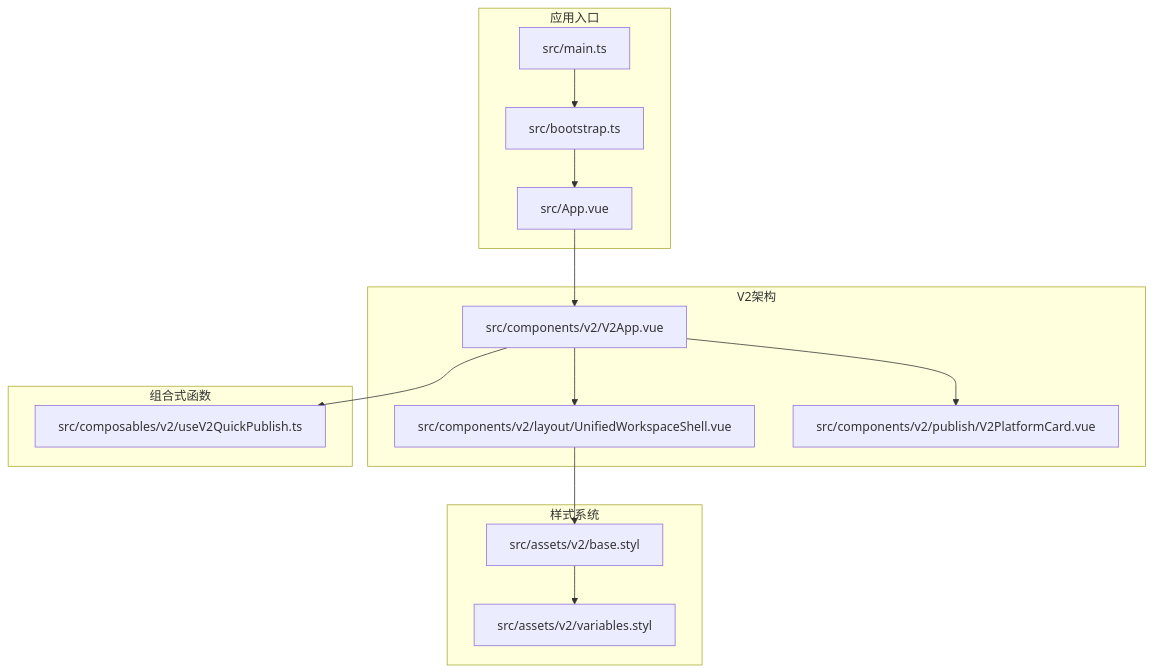
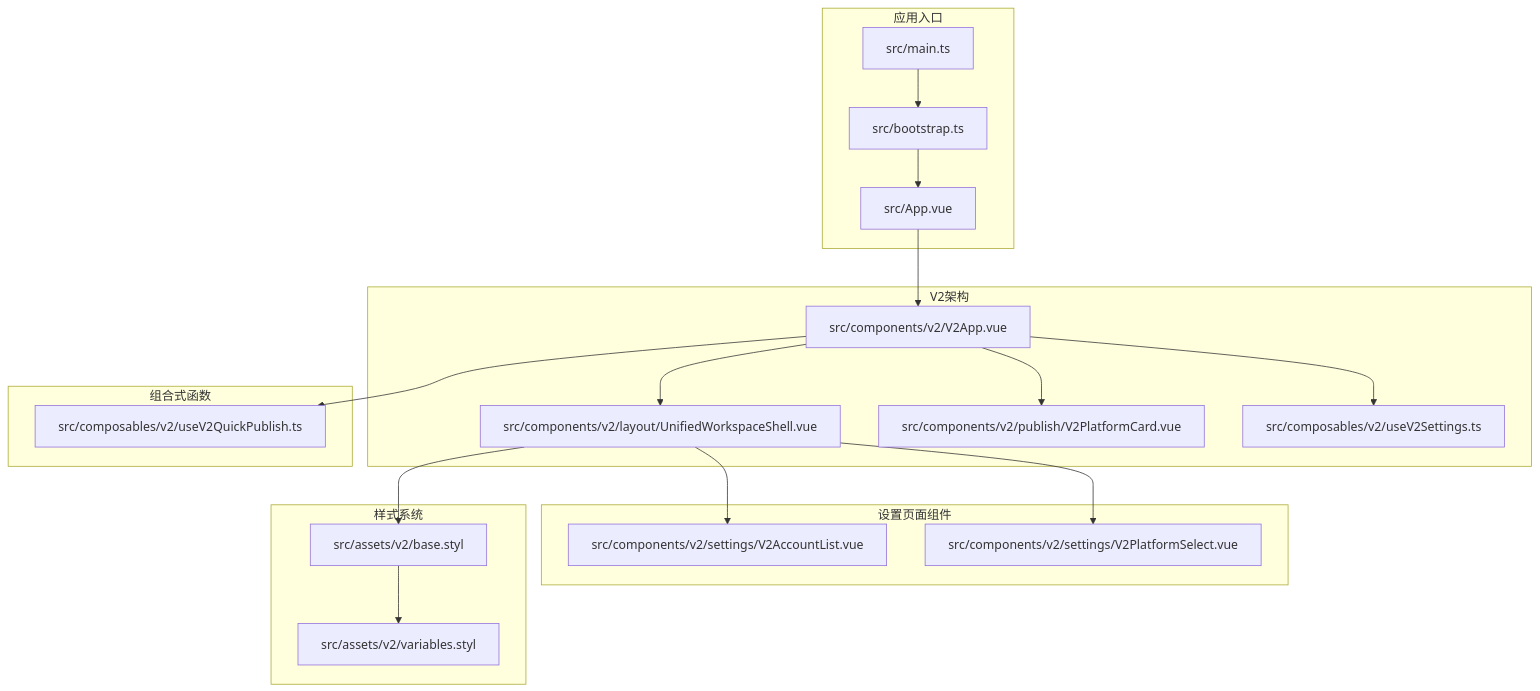
Before and after one commit to terwer/siyuan-plugin-publisher: the first of 10 diagrams in .qoder/repowiki/zh/content/统一工作壳组件.md, drawn with Mermaid. The commit also changed other lines of this file and 14 other files, not shown here.

````diff
--- a/.qoder/repowiki/zh/content/统一工作壳组件.md
+++ b/.qoder/repowiki/zh/content/统一工作壳组件.md
@@ -41,28 +56,36 @@
 ```mermaid
 graph TB
 subgraph "应用入口"
 MainTS[src/main.ts]
 Bootstrap[src/bootstrap.ts]
 App[src/App.vue]
 end
 subgraph "V2架构"
 V2App[src/components/v2/V2App.vue]
 Shell[src/components/v2/layout/UnifiedWorkspaceShell.vue]
 PlatformCard[src/components/v2/publish/V2PlatformCard.vue]
+SettingsComposable[src/composables/v2/useV2Settings.ts]
+end
+subgraph "设置页面组件"
+AccountList[src/components/v2/settings/V2AccountList.vue]
+PlatformSelect[src/components/v2/settings/V2PlatformSelect.vue]
 end
 subgraph "样式系统"
 BaseStyl[src/assets/v2/base.styl]
 Variables[src/assets/v2/variables.styl]
 end
 subgraph "组合式函数"
 QuickPublish[src/composables/v2/useV2QuickPublish.ts]
 end
 MainTS --> Bootstrap
 Bootstrap --> App
 App --> V2App
 V2App --> Shell
 V2App --> PlatformCard
+V2App --> SettingsComposable
+Shell --> AccountList
+Shell --> PlatformSelect
 Shell --> BaseStyl
 BaseStyl --> Variables
 V2App --> QuickPublish
 ```
````
